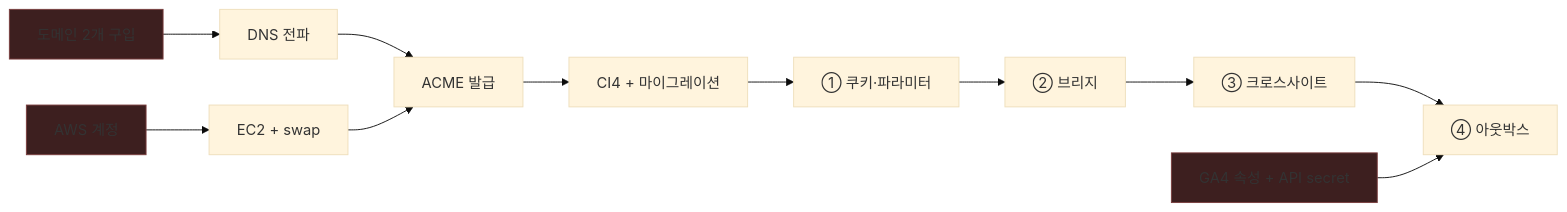
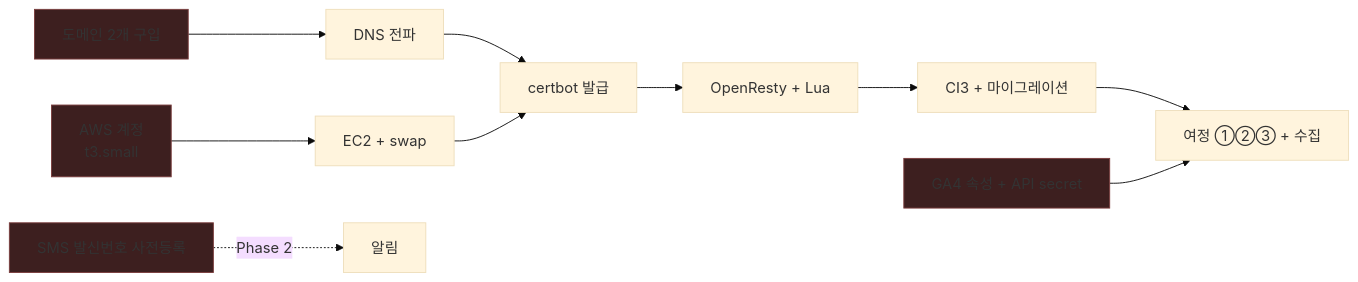
The eighth of 8 diagrams in docs/roadmap.md (http1220/touchpoint), drawn with Mermaid (base theme) before and after one commit. The commit also changed other lines of this file and 4 other files, not shown here.

````diff
--- a/docs/roadmap.md
+++ b/docs/roadmap.md
@@ -299,13 +346,14 @@
 ```mermaid
 flowchart LR
-    DOM["도메인 2개 구입"] --> DNS["DNS 전파"] --> TLS["ACME 발급"]
-    AWS["AWS 계정"] --> EC2["EC2 + swap"] --> TLS
-    TLS --> CI4["CI4 + 마이그레이션"]
-    CI4 --> ATTR["① 쿠키·파라미터"] --> BRIDGE["② 브리지"]
-    BRIDGE --> CORS["③ 크로스사이트"]
-    CORS --> OUTBOX["④ 아웃박스"]
-    GA4["GA4 속성 + API secret"] --> OUTBOX
+    DOM["도메인 2개 구입"] --> DNS["DNS 전파"] --> TLS["certbot 발급"]
+    AWS["AWS 계정<br/>t3.small"] --> EC2["EC2 + swap"] --> TLS
+    TLS --> ORES["OpenResty + Lua"]
+    ORES --> CI3["CI3 + 마이그레이션"]
+    CI3 --> J["여정 ①②③ + 수집"]
+    GA4["GA4 속성 + API secret"] --> J
+    SMS["SMS 발신번호 사전등록"] -.->|Phase 2| N["알림"]
     style DOM fill:#3d1f1f,stroke:#7a3d3d
     style AWS fill:#3d1f1f,stroke:#7a3d3d
     style GA4 fill:#3d1f1f,stroke:#7a3d3d
+    style SMS fill:#3d1f1f,stroke:#7a3d3d
 ```
````
